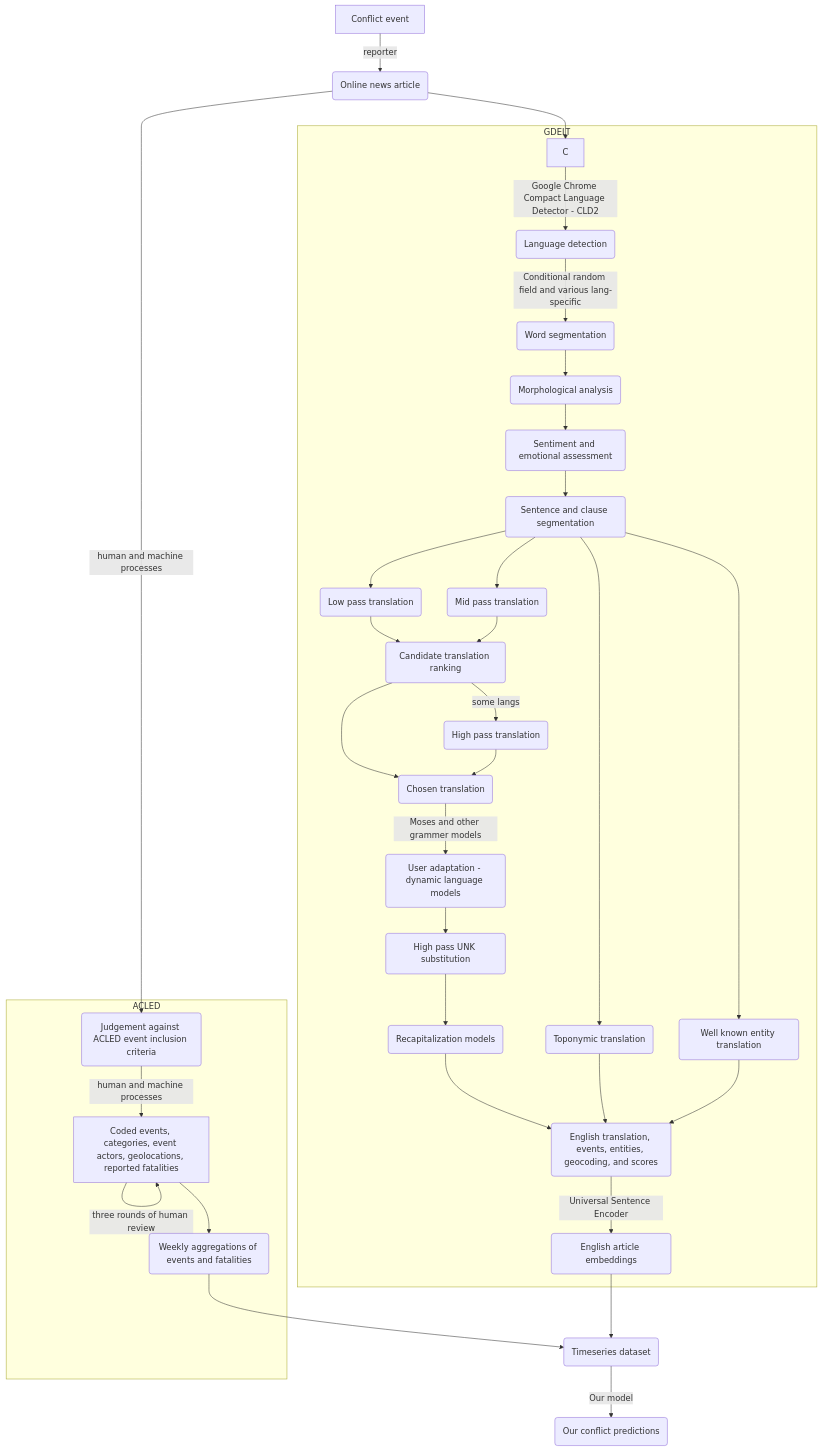
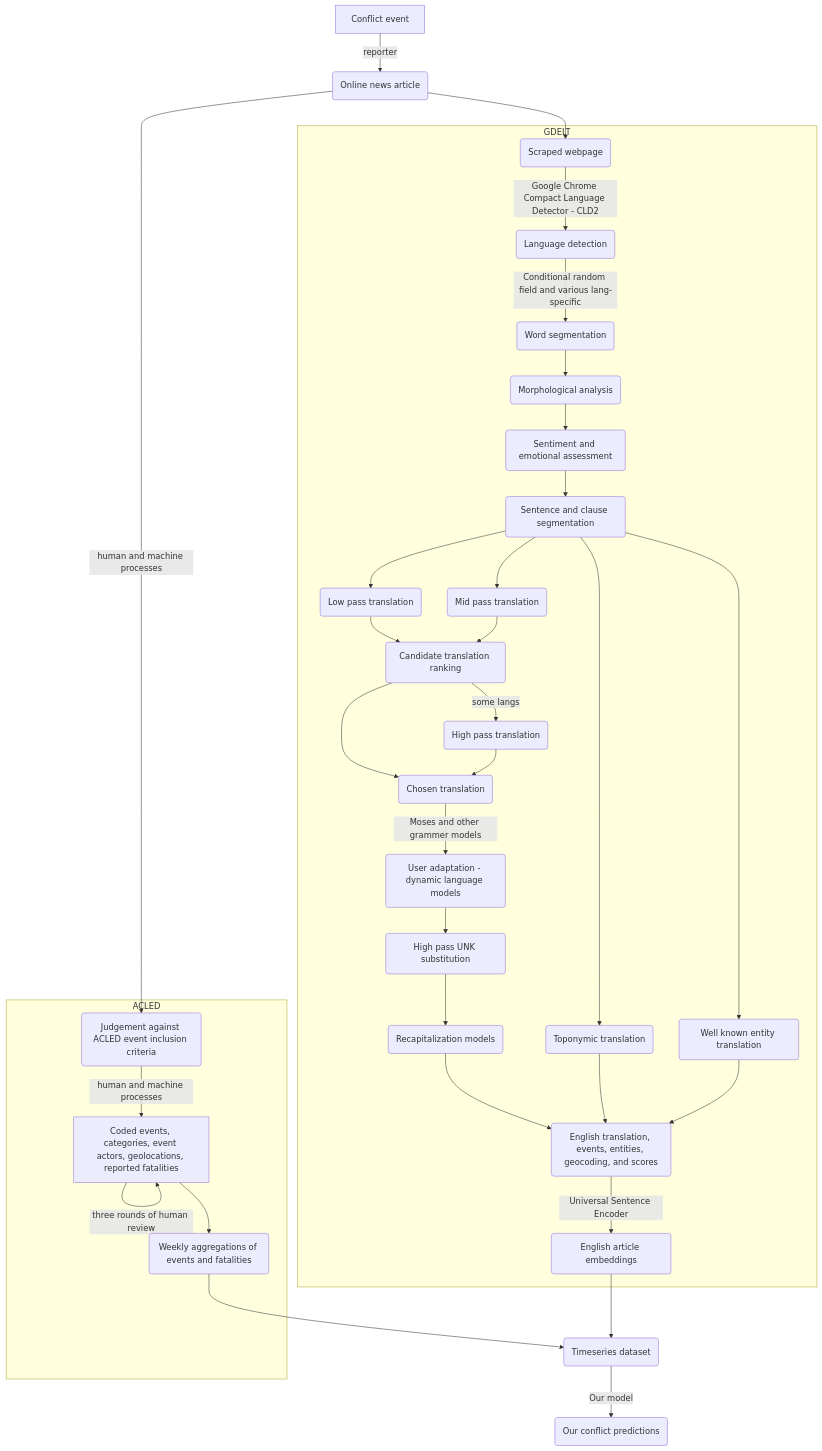
The first of 2 diagrams in docs/chapter_03.qmd (ewheeler/foresight), drawn with Mermaid before and after one commit.

Commit message:
fix data lineage diagram

````diff
--- a/docs/chapter_03.qmd
+++ b/docs/chapter_03.qmd
@@ -7,46 +7,45 @@
 ```{mermaid}
 graph TD
     A[Conflict event] -->|reporter| B(Online news article)
-    B --> C
+    B --> C(Scraped webpage)
 
     subgraph GDELT
         C --> |Google Chrome Compact Language Detector - CLD2|D(Language detection)
         D --> |Conditional random field and various lang-specific|E(Word segmentation)
         E --> F(Morphological analysis)
         F --> G(Sentiment and emotional assessment)
         G --> H(Sentence and clause segmentation)
         H --> I(Low pass translation)
         H --> J(Mid pass translation)
         H --> K(Toponymic translation)
         H --> L(Well known entity translation)
         I --> M(Candidate translation ranking)
         M --> O(Chosen translation)
         J --> M
         M --> |some langs|N(High pass translation)
         N --> O
         O --> |Moses and other grammer models|Q(User adaptation - dynamic language models)
         Q --> R(High pass UNK substitution)
         R --> S(Recapitalization models)
         S --> T(English translation, events, entities, geocoding, and scores)
 
         T --> |Universal Sentence Encoder| U(English article embeddings)
 
         K --> T
         L --> T
 
     end
 
     B --> |human and machine processes|CC(Judgement against ACLED event inclusion criteria)
     subgraph ACLED
         CC --> |human and machine processes|DD[Coded events, categories, event actors, geolocations, reported fatalities]
 
         DD --> |three rounds of human review|DD
         DD --> EE(Weekly aggregations of events and fatalities)
     end
 
     EE --> V(Timeseries dataset)
     U --> V
 
     V --> |Our model| W(Our conflict predictions)
-
 ```
````
